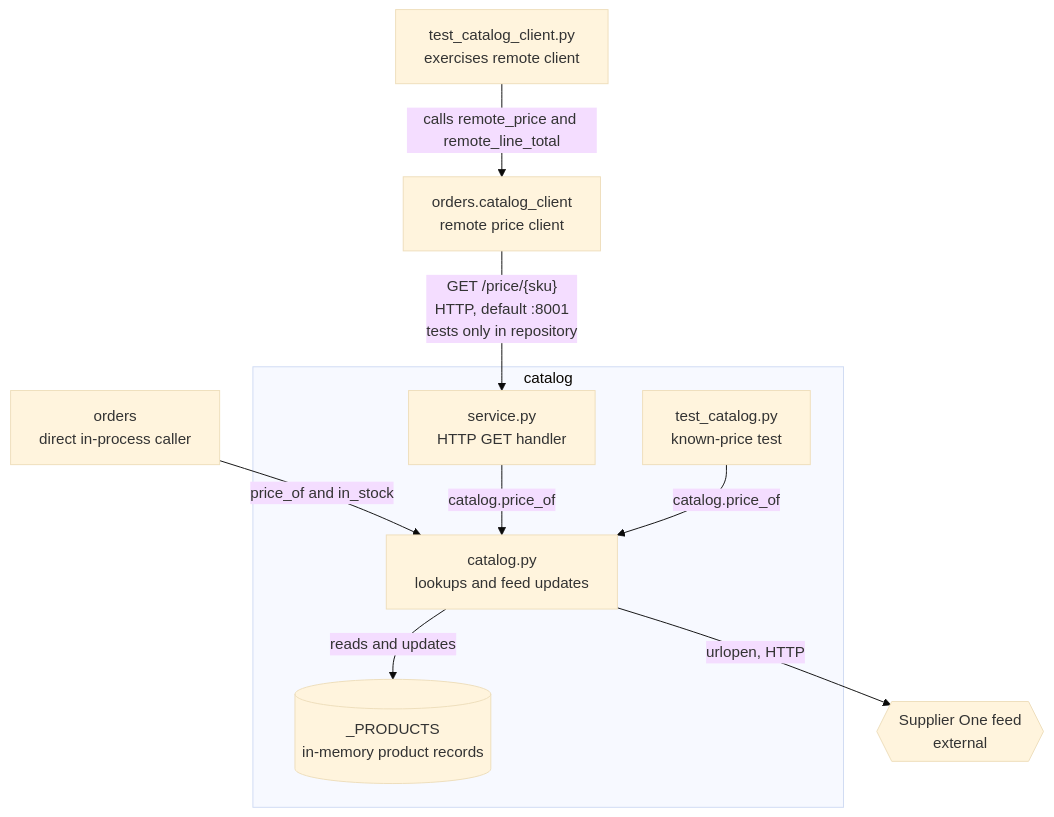
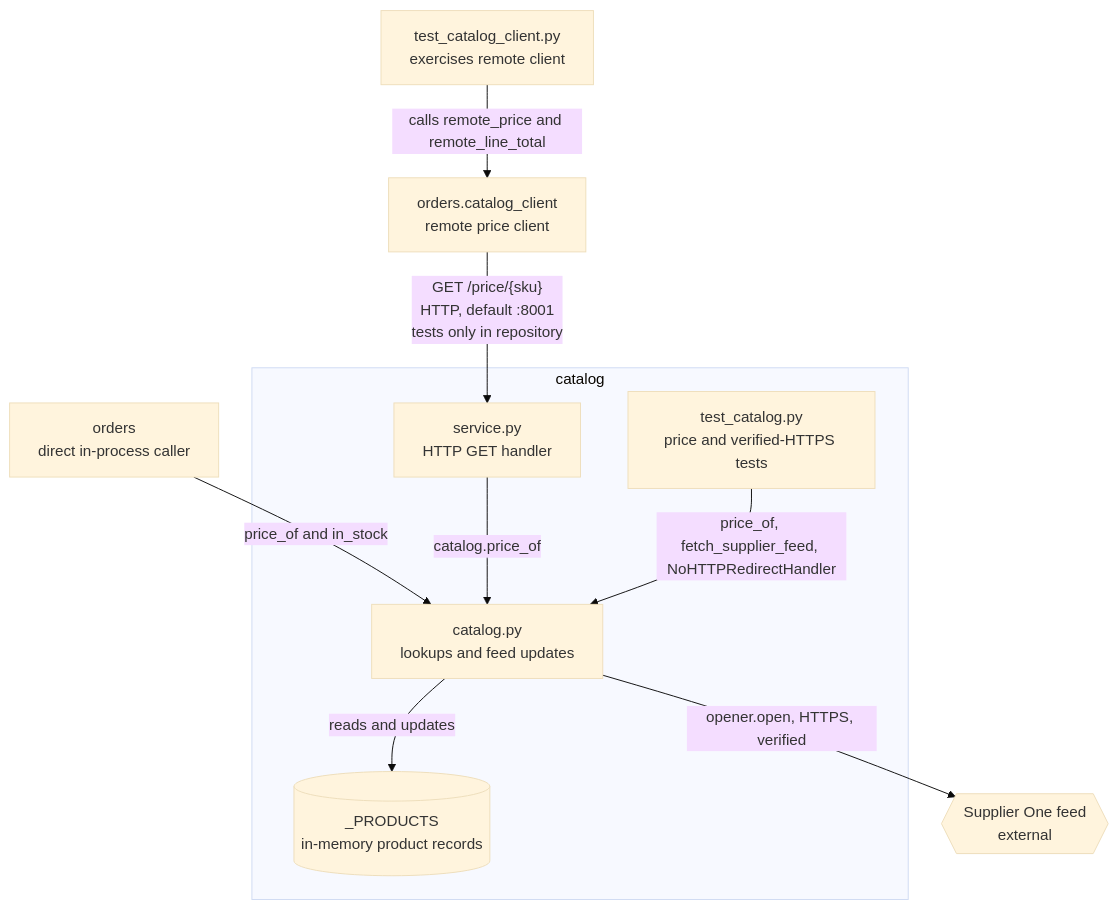
One commit to vishalc412/bible-mode-b-test changed the first of 2 diagrams in codebase-analysis/lld/catalog/README.md. Above: the diagram before and after it, drawn with Mermaid (base theme). The commit also changed other lines of this file and 39 other files, not shown here.

````diff
--- a/codebase-analysis/lld/catalog/README.md
+++ b/codebase-analysis/lld/catalog/README.md
@@ -34,20 +34,20 @@
 ```mermaid
 flowchart TB
   orders["orders<br/>direct in-process caller"]
   ordershttp["orders.catalog_client<br/>remote price client"]
   ordershttptests["test_catalog_client.py<br/>exercises remote client"]
   subgraph catunit["catalog"]
     service["service.py<br/>HTTP GET handler"]
     catalogmod["catalog.py<br/>lookups and feed updates"]
     records[("_PRODUCTS<br/>in-memory product records")]
-    testmod["test_catalog.py<br/>known-price test"]
+    testmod["test_catalog.py<br/>price and verified-HTTPS tests"]
   end
   supplier{{"Supplier One feed<br/>external"}}
   orders -->|"price_of and in_stock"| catalogmod
   ordershttptests -->|"calls remote_price and remote_line_total"| ordershttp
   ordershttp -->|"GET /price/{sku}<br/>HTTP, default :8001<br/>tests only in repository"| service
   service -->|"catalog.price_of"| catalogmod
   catalogmod -->|"reads and updates"| records
-  testmod -->|"catalog.price_of"| catalogmod
-  catalogmod -->|"urlopen, HTTP"| supplier
+  testmod -->|"price_of, fetch_supplier_feed, NoHTTPRedirectHandler"| catalogmod
+  catalogmod -->|"opener.open, HTTPS, verified"| supplier
 ```
````
